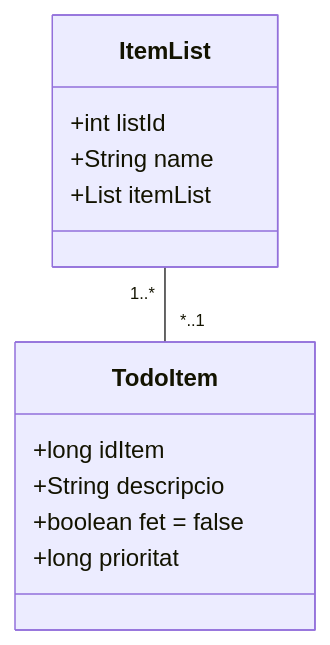
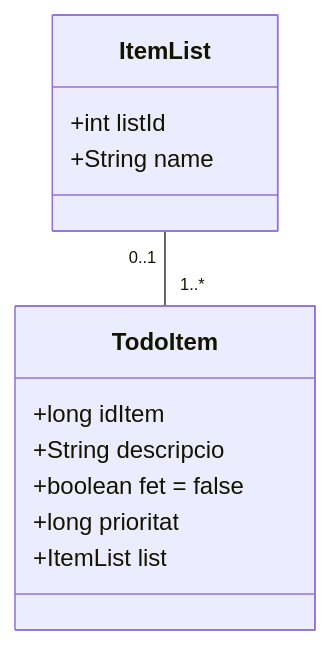
The diagram in Readme.md (jonathan7e4/todo-list-springboot), drawn with Mermaid before and after one commit. The commit also changed other lines of this file and 5 other files, not shown here.

````diff
--- a/Readme.md
+++ b/Readme.md
@@ -77,15 +78,15 @@
 ```mermaid
 classDiagram
 class TodoItem{
     +long idItem
     +String descripcio
     +boolean fet = false
     +long prioritat
+    +ItemList list
 }
 class ItemList{
     +int listId
     +String name
-    +List<TodoItem> itemList
 }
-ItemList "1..*" -- "*..1" TodoItem  
+ItemList "0..1" -- "1..*" TodoItem  
 ```
````
